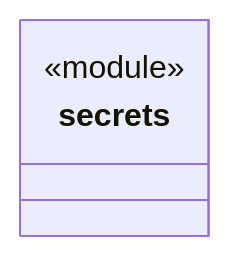
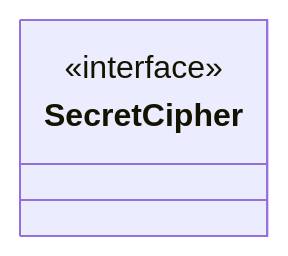
One commit to nan023062/cbim changed the diagram in src/core/contracts/ARCHITECTURE.md. Above: the diagram before and after it, drawn with Mermaid. The commit also changed other lines of this file and 136 other files, not shown here.

````diff
--- a/src/core/contracts/ARCHITECTURE.md
+++ b/src/core/contracts/ARCHITECTURE.md
@@ -19,7 +21,7 @@
 ```mermaid
 classDiagram
-class N_ec2bdf5dd640["secrets"] {
-  <<module>>
+class N_b2a22db1f03c["SecretCipher"] {
+  <<interface>>
 }
-click N_ec2bdf5dd640 href "secrets.ts"
+click N_b2a22db1f03c href "secrets.ts"
 ```
````
